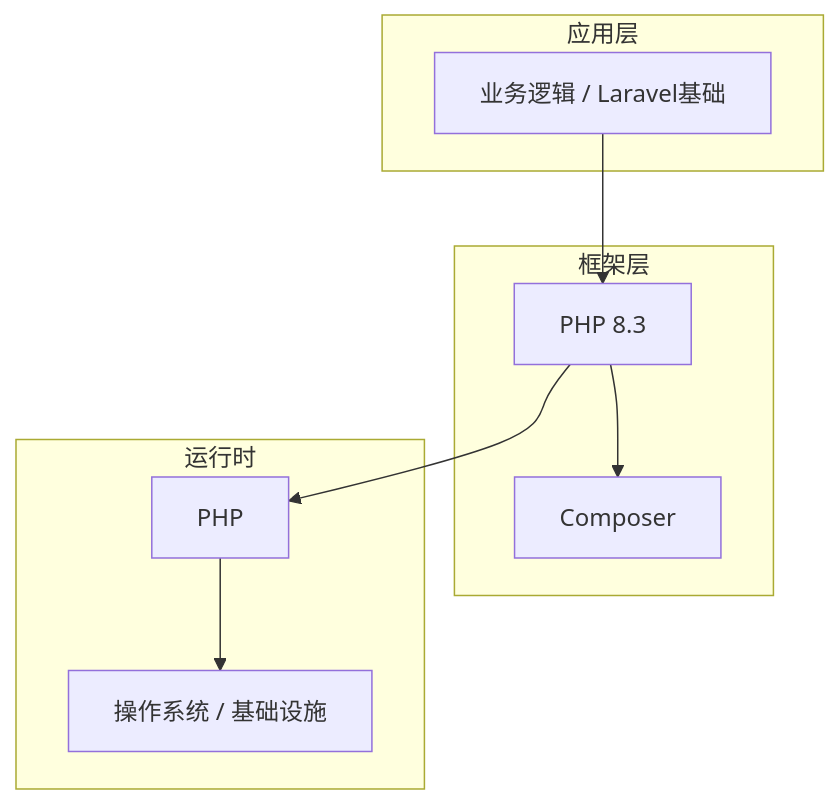
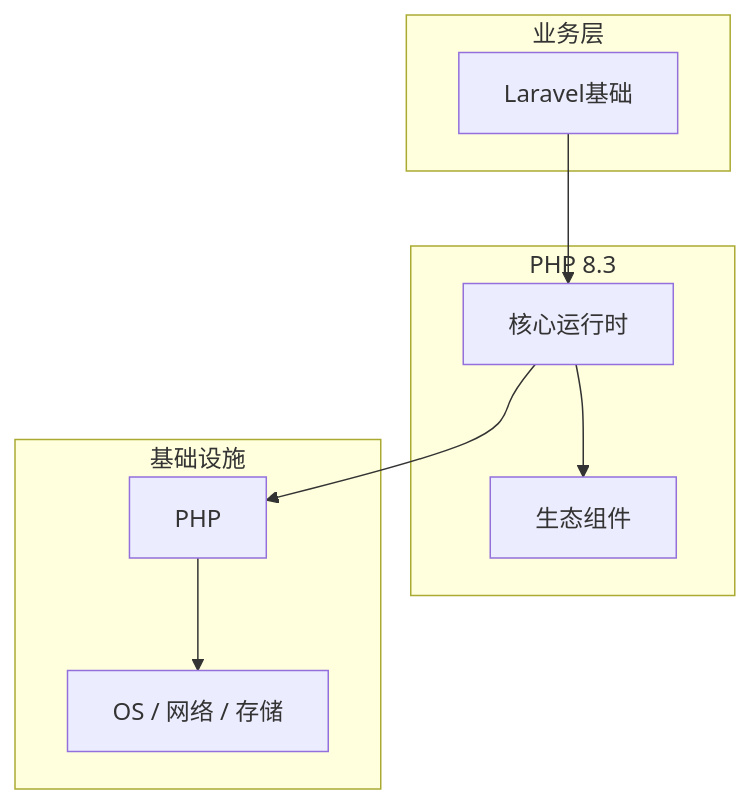
One commit to yanggan2015/knowledge-json-v2 changed the diagram in articles/PHP/chapters/061-Laravel基础核心概念与原理.md. Above: the diagram before and after it, drawn with Mermaid. The commit also changed other lines of this file and 10127 other files, not shown here.

````diff
--- a/articles/PHP/chapters/061-Laravel基础核心概念与原理.md
+++ b/articles/PHP/chapters/061-Laravel基础核心概念与原理.md
@@ -45,18 +34,18 @@
 ```mermaid
 graph TB
-    subgraph 应用层
-        A[业务逻辑 / Laravel基础]
+    subgraph 业务层
+        A[Laravel基础]
     end
-    subgraph 框架层
-        B[PHP 8.3]
-        C[Composer]
+    subgraph PHP 8.3
+        B[核心运行时]
+        C[生态组件]
     end
-    subgraph 运行时
+    subgraph 基础设施
         D[PHP]
-        E[操作系统 / 基础设施]
+        E[OS / 网络 / 存储]
     end
     A --> B
     B --> C
     B --> D
     D --> E
 ```
````
